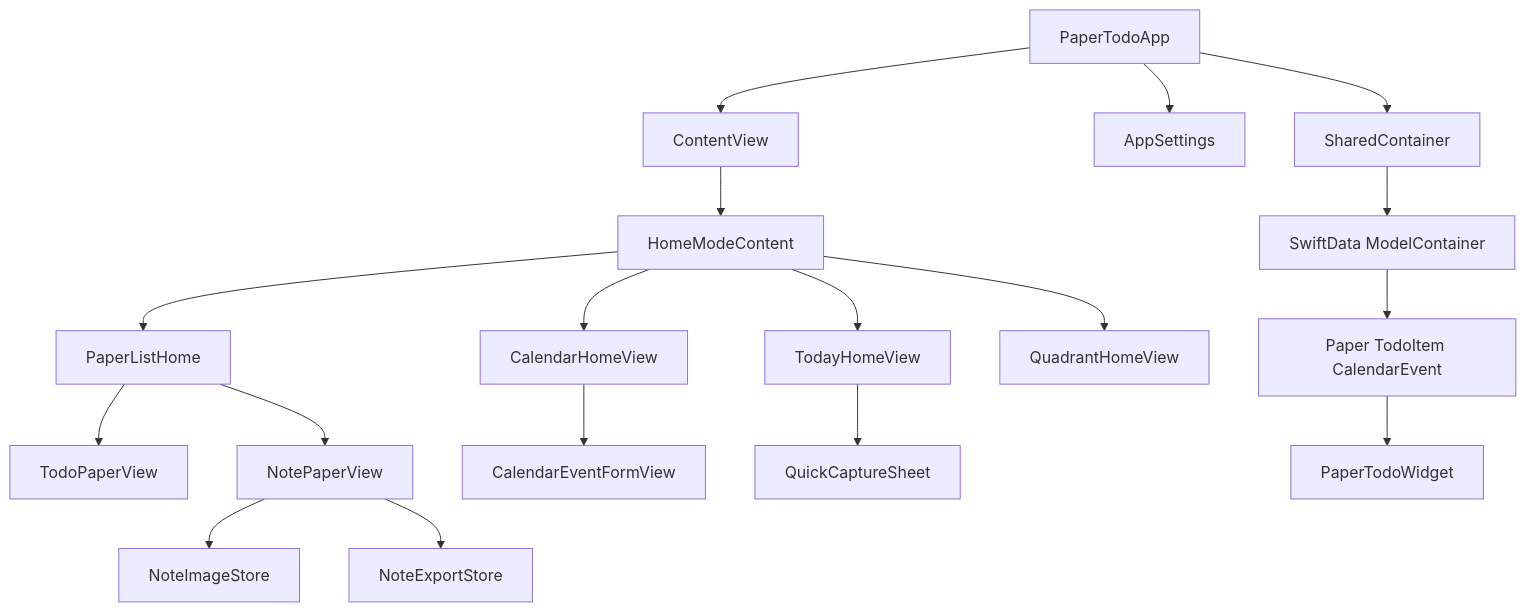
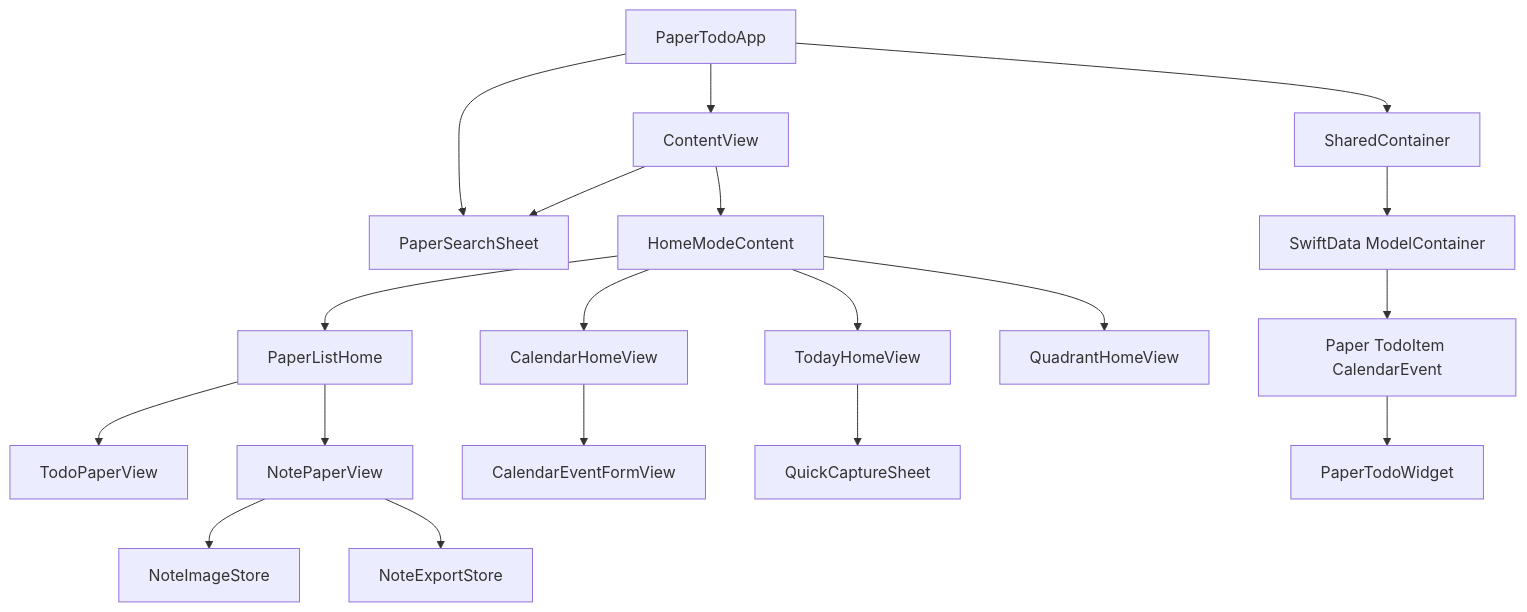
One commit to joeshu/joeshu changed the diagram in .monkeycode/docs/ARCHITECTURE.md. Above: the diagram before and after it, drawn with Mermaid. The commit also changed other lines of this file and 5 other files, not shown here.

Commit message:
feat: add paper search and daily review

````diff
--- a/.monkeycode/docs/ARCHITECTURE.md
+++ b/.monkeycode/docs/ARCHITECTURE.md
@@ -5,20 +5,21 @@
 ```mermaid
 graph TD
     A["PaperTodoApp"] --> C["SharedContainer"]
     A --> S["AppSettings"]
     A --> H["ContentView"]
     H --> L["HomeModeContent"]
     L --> Y["TodayHomeView"]
     L --> P["PaperListHome"]
     L --> M["CalendarHomeView"]
     L --> Q["QuadrantHomeView"]
     P --> T["TodoPaperView"]
     P --> N["NotePaperView"]
     M --> E["CalendarEventFormView"]
     Y --> R["QuickCaptureSheet"]
+    H --> S["PaperSearchSheet"]
     N --> I["NoteImageStore"]
     N --> X["NoteExportStore"]
     C --> D["SwiftData ModelContainer"]
     D --> O["Paper TodoItem CalendarEvent"]
     O --> W["PaperTodoWidget"]
 ```
````
